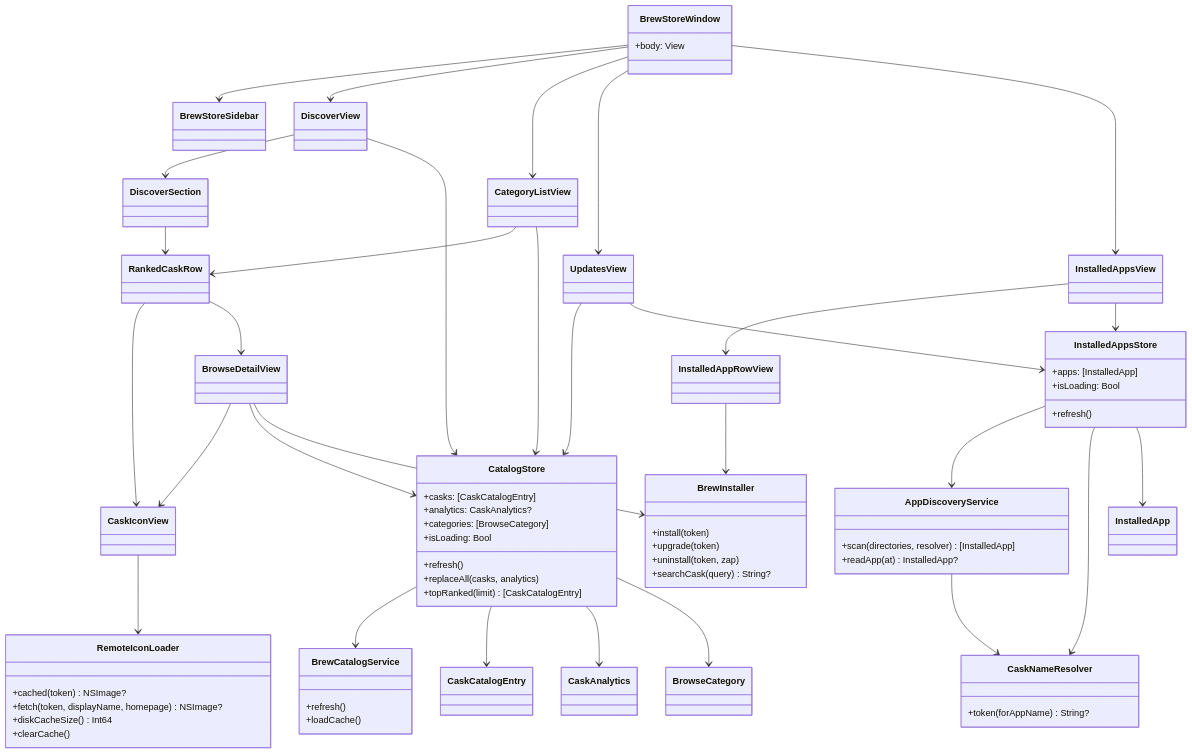
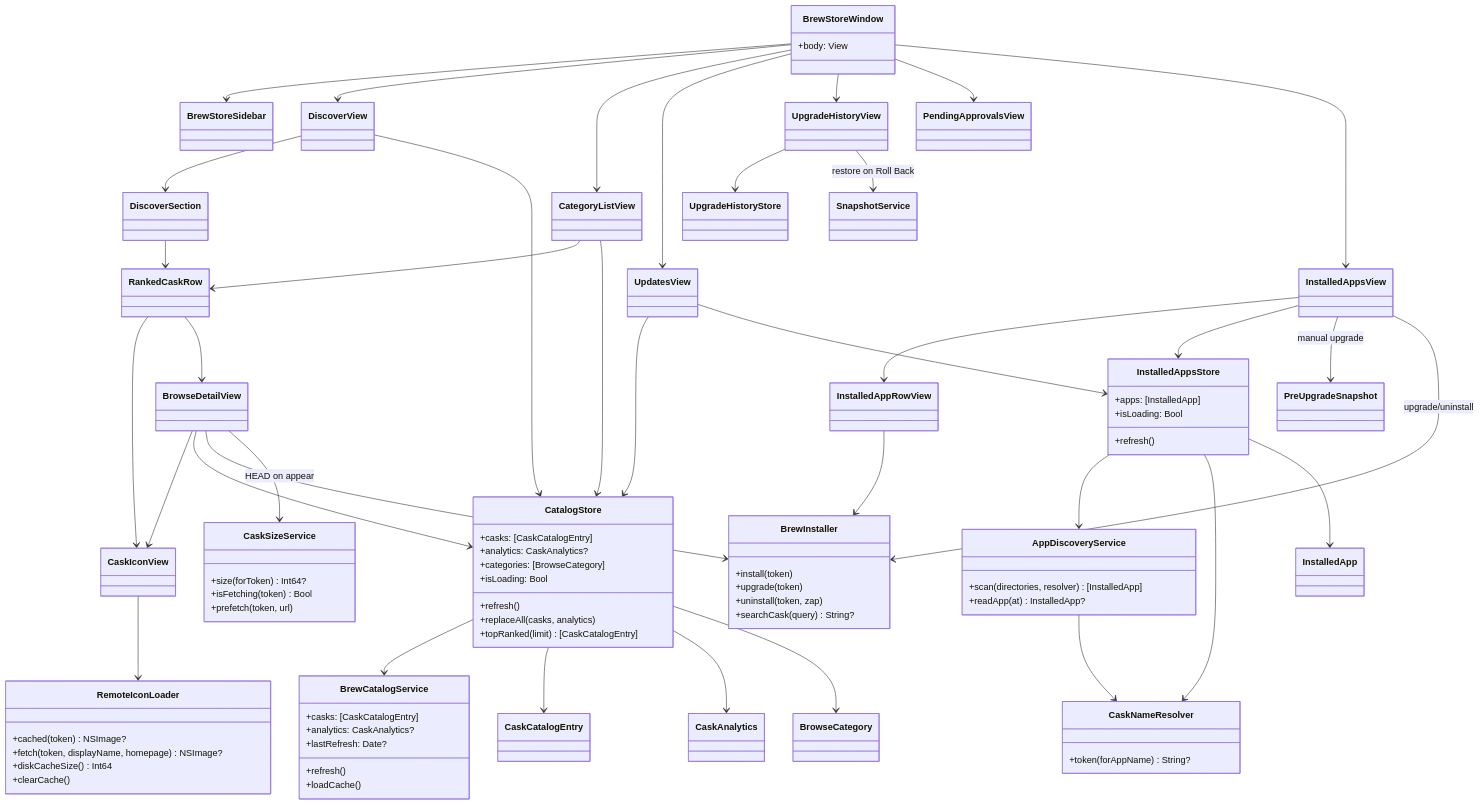
The second of 6 diagrams in README.md (marekbujko/auto-brew), drawn with Mermaid before and after one commit. The commit also changed other lines of this file, not shown here.

```diff
--- a/README.md
+++ b/README.md
@@ -652,6 +690,8 @@
     class RankedCaskRow
     class CategoryListView
     class UpdatesView
+    class UpgradeHistoryView
+    class PendingApprovalsView
     class BrowseDetailView
     class CaskIconView
     class InstalledAppsView
@@ -674,8 +714,17 @@
     }
 
     class BrewCatalogService {
+        +casks: [CaskCatalogEntry]
+        +analytics: CaskAnalytics?
+        +lastRefresh: Date?
         +refresh()
         +loadCache()
+    }
+
+    class CaskSizeService {
+        +size(forToken) Int64?
+        +isFetching(token) Bool
+        +prefetch(token, url)
     }
 
     class BrewInstaller {
@@ -710,6 +759,8 @@
     BrewStoreWindow --> DiscoverView
     BrewStoreWindow --> CategoryListView
     BrewStoreWindow --> UpdatesView
+    BrewStoreWindow --> UpgradeHistoryView
+    BrewStoreWindow --> PendingApprovalsView
     BrewStoreWindow --> InstalledAppsView
     DiscoverView --> DiscoverSection
     DiscoverSection --> RankedCaskRow
@@ -724,8 +775,13 @@
     UpdatesView --> CatalogStore
     UpdatesView --> InstalledAppsStore
     InstalledAppsView --> InstalledAppsStore
+    InstalledAppsView --> PreUpgradeSnapshot : manual upgrade
+    InstalledAppsView --> BrewInstaller : upgrade/uninstall
     BrowseDetailView --> CatalogStore
     BrowseDetailView --> BrewInstaller
+    BrowseDetailView --> CaskSizeService : HEAD on appear
+    UpgradeHistoryView --> UpgradeHistoryStore
+    UpgradeHistoryView --> SnapshotService : restore on Roll Back
     InstalledAppRowView --> BrewInstaller
 
     CatalogStore --> BrewCatalogService
```
